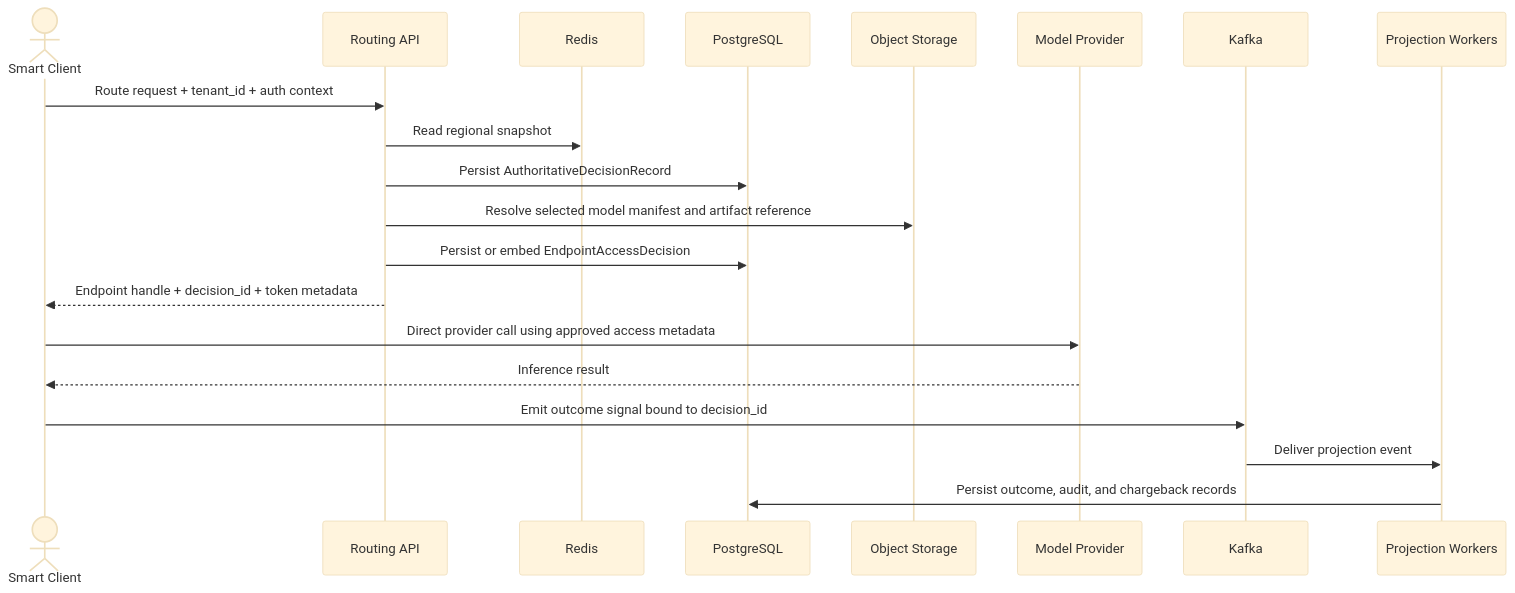
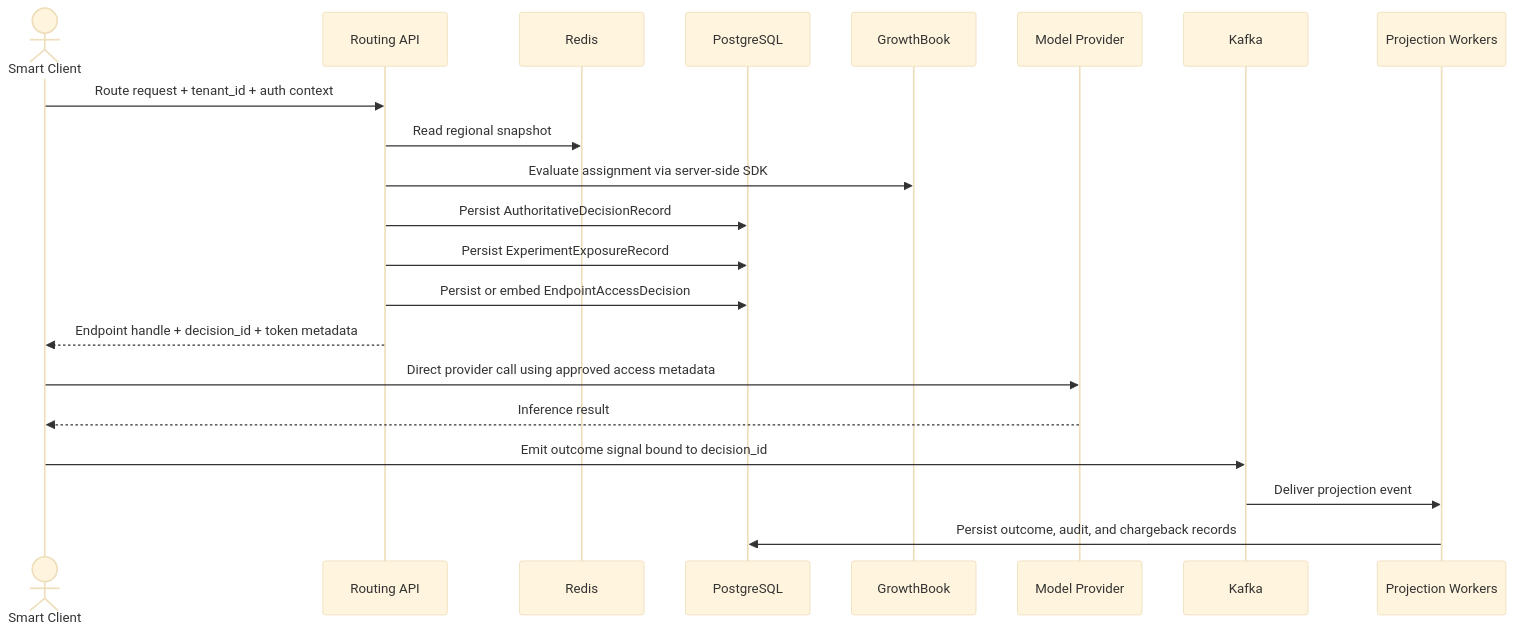
Before and after one commit to brandon-benge/example-model-routing: the fifth of 5 diagrams in README.md, drawn with Mermaid (base theme). The commit also changed other lines of this file and 6 other files, not shown here.

````diff
--- a/README.md
+++ b/README.md
@@ -156,23 +161,24 @@
 ```mermaid
 sequenceDiagram
     actor Client as Smart Client
     participant Route as Routing API
     participant Cache as Redis
     participant DB as PostgreSQL
-    participant Obj as Object Storage
+    participant GB as GrowthBook
     participant Provider as Model Provider
     participant Bus as Kafka
     participant Proj as Projection Workers
 
     Client->>Route: Route request + tenant_id + auth context
     Route->>Cache: Read regional snapshot
+    Route->>GB: Evaluate assignment via server-side SDK
     Route->>DB: Persist AuthoritativeDecisionRecord
-    Route->>Obj: Resolve selected model manifest and artifact reference
+    Route->>DB: Persist ExperimentExposureRecord
     Route->>DB: Persist or embed EndpointAccessDecision
     Route-->>Client: Endpoint handle + decision_id + token metadata
     Client->>Provider: Direct provider call using approved access metadata
     Provider-->>Client: Inference result
     Client->>Bus: Emit outcome signal bound to decision_id
     Bus->>Proj: Deliver projection event
     Proj->>DB: Persist outcome, audit, and chargeback records
 ```
````
